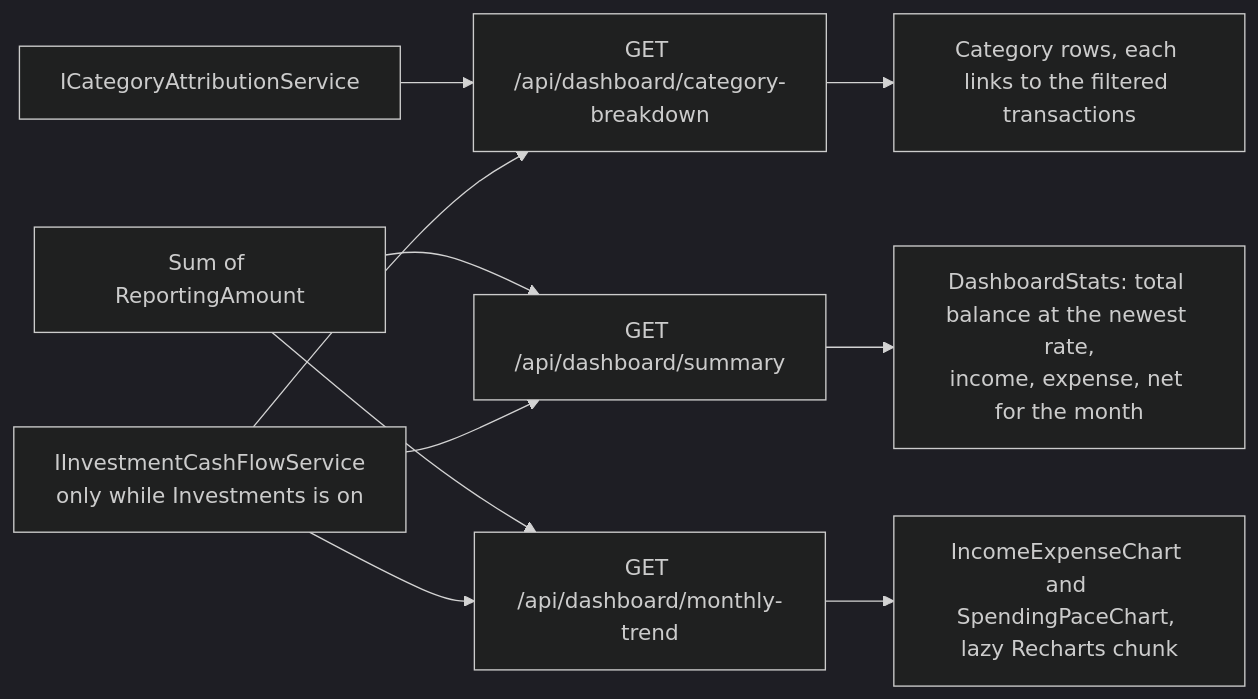
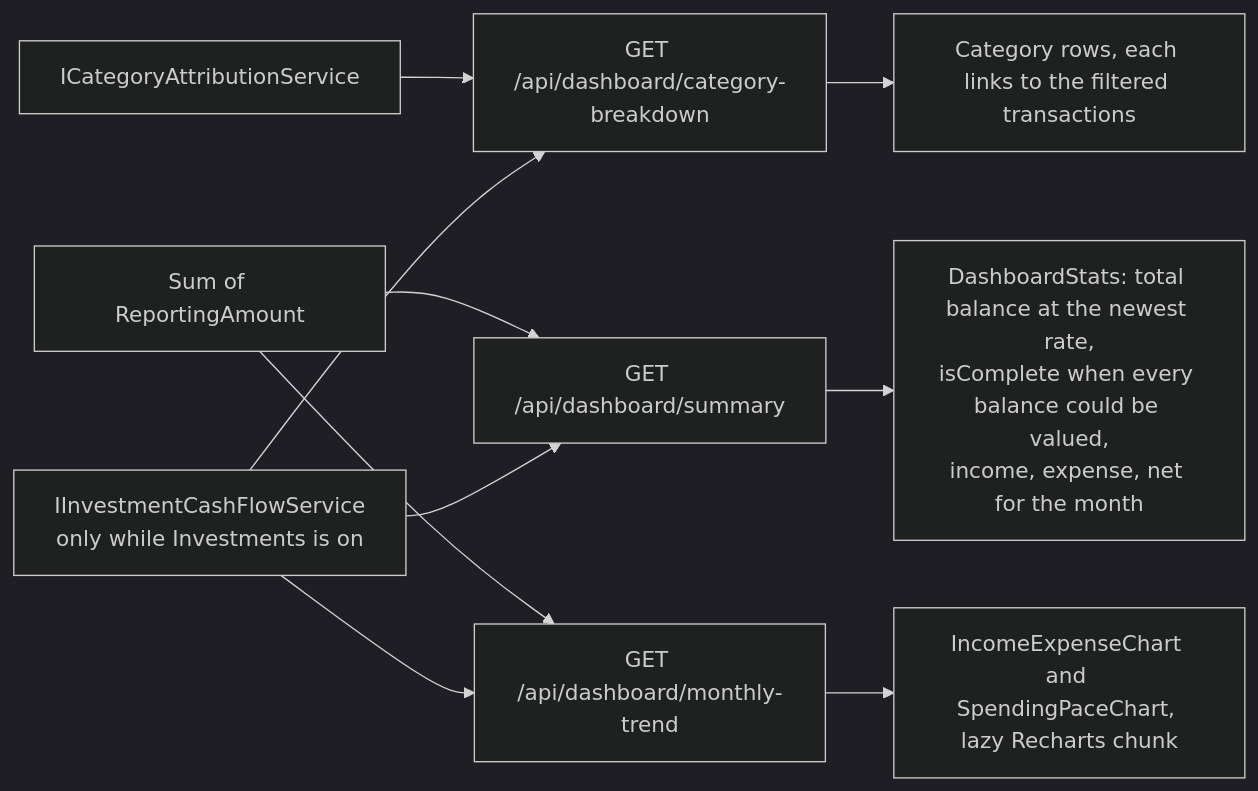
Before and after one commit to Justxs/Jx-Finance: the first of 3 diagrams in docs/features/17. Dashboard.md, drawn with Mermaid (dark theme). The commit also changed 37 other files, not shown here.

````diff
--- a/docs/features/17. Dashboard.md
+++ b/docs/features/17. Dashboard.md
@@ -7,12 +7,12 @@
 ```mermaid
 flowchart LR
-    S["GET /api/dashboard/summary"] --> Stats["DashboardStats: total balance at the newest rate,<br/>income, expense, net for the month"]
+    S["GET /api/dashboard/summary"] --> Stats["DashboardStats: total balance at the newest rate,<br/>isComplete when every balance could be valued,<br/>income, expense, net for the month"]
     C["GET /api/dashboard/category-breakdown"] --> Cats["Category rows, each links to the filtered transactions"]
     T["GET /api/dashboard/monthly-trend"] --> Chart["IncomeExpenseChart and SpendingPaceChart, lazy Recharts chunk"]
     Attr["ICategoryAttributionService"] --> C
     RA["Sum of ReportingAmount"] --> S
     RA --> T
     Inv["IInvestmentCashFlowService<br/>only while Investments is on"] --> S
     Inv --> T
     Inv --> C
 ```
````
